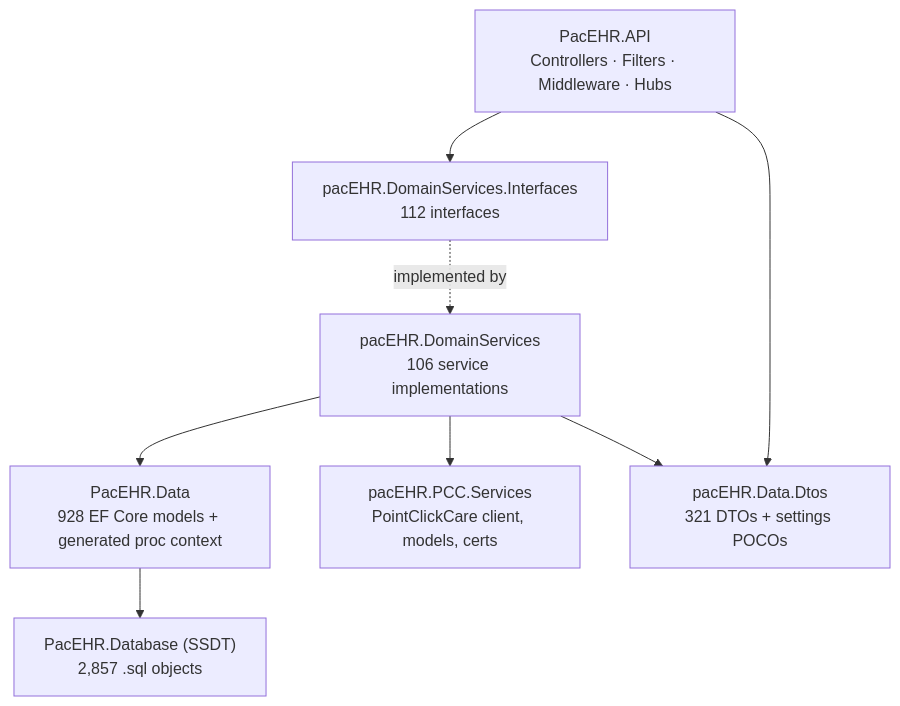
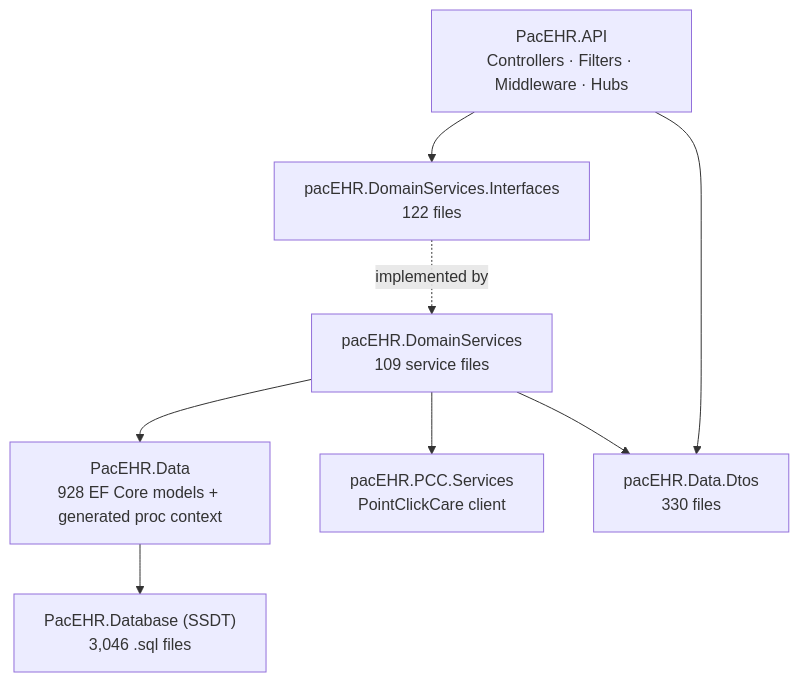
Before and after one commit to hemsingh-3PG/sai-systems-AIRE: the second of 3 diagrams in docs/architecture-diagrams/00-system-overview-diagrams.md, drawn with Mermaid. The commit also changed other lines of this file and 285 other files, not shown here.

````diff
--- a/docs/architecture-diagrams/00-system-overview-diagrams.md
+++ b/docs/architecture-diagrams/00-system-overview-diagrams.md
@@ -81,18 +83,18 @@
 ```mermaid
 flowchart TB
   C["PacEHR.API<br/>Controllers · Filters · Middleware · Hubs"]
-  DS["pacEHR.DomainServices<br/>106 service implementations"]
-  DSI["pacEHR.DomainServices.Interfaces<br/>112 interfaces"]
-  PCCS["pacEHR.PCC.Services<br/>PointClickCare client, models, certs"]
-  DTO["pacEHR.Data.Dtos<br/>321 DTOs + settings POCOs"]
+  DS["pacEHR.DomainServices<br/>109 service files"]
+  DSI["pacEHR.DomainServices.Interfaces<br/>122 files"]
+  PCCS["pacEHR.PCC.Services<br/>PointClickCare client"]
+  DTO["pacEHR.Data.Dtos<br/>330 files"]
   DATA["PacEHR.Data<br/>928 EF Core models + generated proc context"]
-  DB["PacEHR.Database (SSDT)<br/>2,857 .sql objects"]
+  DB["PacEHR.Database (SSDT)<br/>3,046 .sql files"]
 
   C --> DSI
   DSI -.implemented by.-> DS
   DS --> DATA
   DS --> PCCS
   C --> DTO
   DS --> DTO
   DATA --> DB
 ```
````
